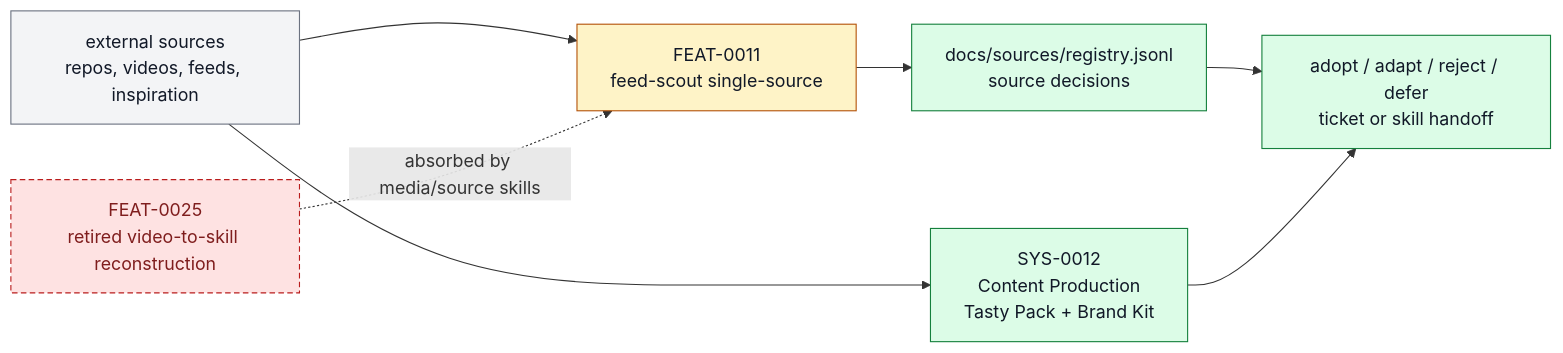
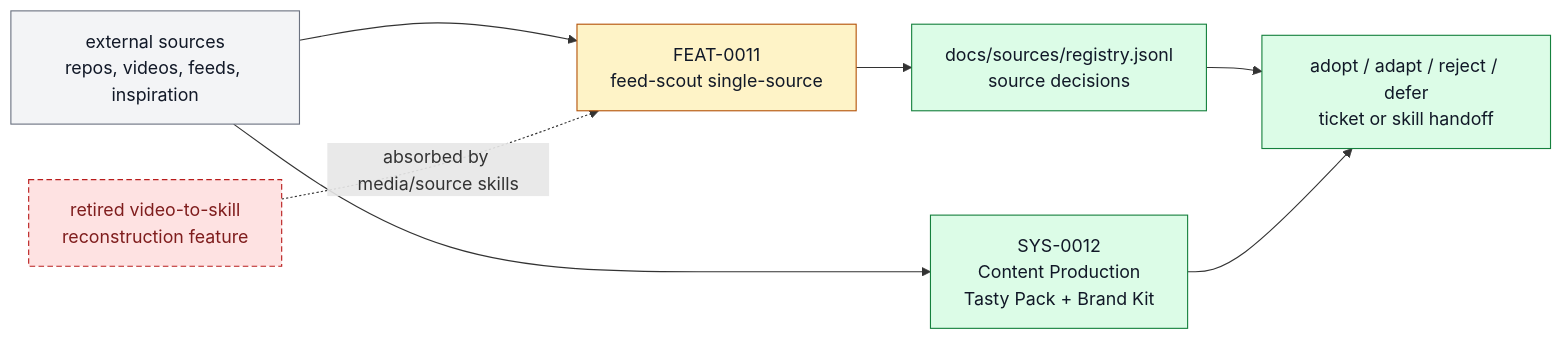
One commit to ZanarkandTechnologies/Farplane changed the diagram in docs/systems/source-sidecar-systems.md. Above: the diagram before and after it, drawn with Mermaid. The commit also changed other lines of this file and 63 other files, not shown here.

````diff
--- a/docs/systems/source-sidecar-systems.md
+++ b/docs/systems/source-sidecar-systems.md
@@ -96,18 +94,18 @@
 ```mermaid
 flowchart LR
   classDef keep fill:#f3f4f6,stroke:#6b7280,color:#111827
   classDef changed fill:#fef3c7,stroke:#b45309,color:#111827
   classDef added fill:#dcfce7,stroke:#15803d,color:#111827
   classDef retired fill:#fee2e2,stroke:#b91c1c,color:#7f1d1d,stroke-dasharray: 5 3
 
   sources["external sources<br/>repos, videos, feeds, inspiration"]:::keep
   scout["FEAT-0011<br/>feed-scout single-source"]:::changed
-  retired["FEAT-0025<br/>retired video-to-skill reconstruction"]:::retired
+  retired["retired video-to-skill<br/>reconstruction feature"]:::retired
   content["SYS-0012<br/>Content Production<br/>Tasty Pack + Brand Kit"]:::added
   registry["docs/sources/registry.jsonl<br/>source decisions"]:::added
   handoff["adopt / adapt / reject / defer<br/>ticket or skill handoff"]:::added
 
   sources --> scout --> registry --> handoff
   sources --> content --> handoff
   retired -. "absorbed by media/source skills" .-> scout
 ```
````
